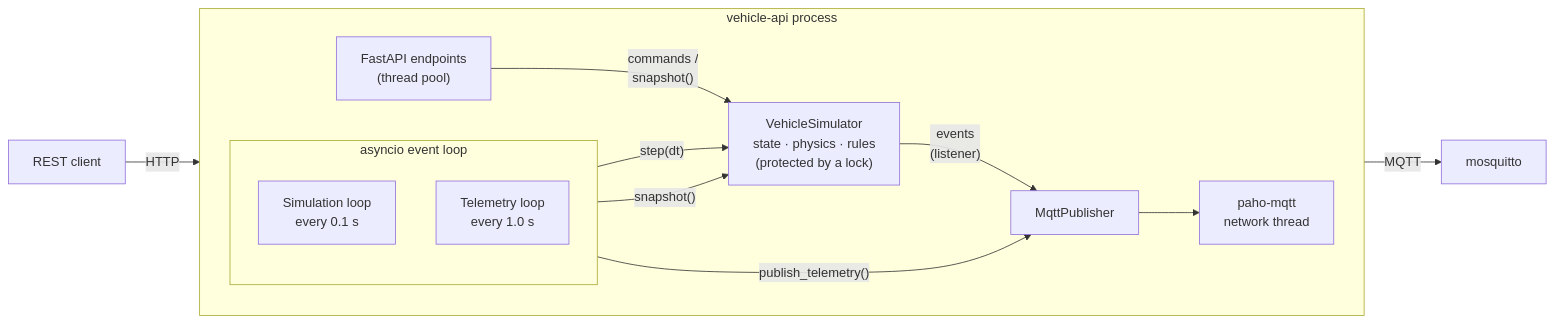
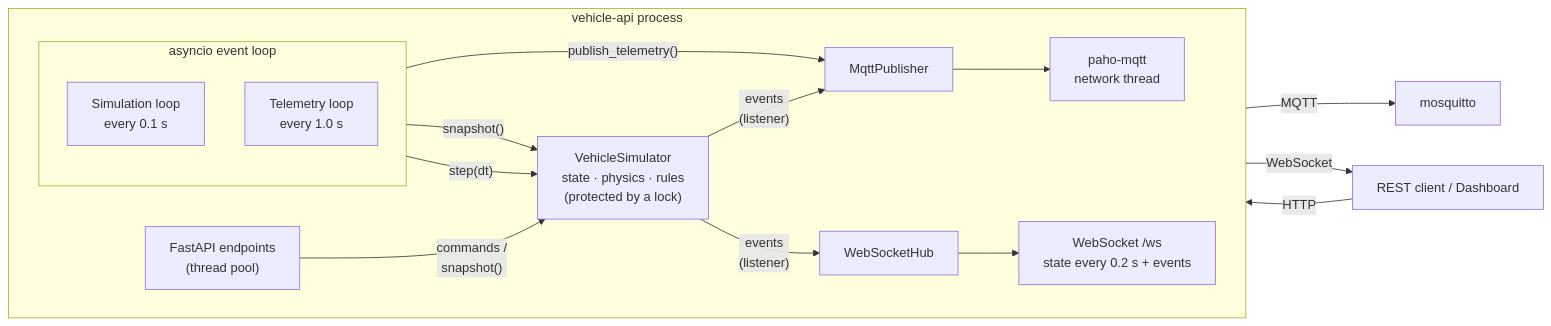
One commit to naosyke/vehicle-api-simulator changed the third of 7 diagrams in docs/architecture.md. Above: the diagram before and after it, drawn with Mermaid. The commit also changed other lines of this file and 6 other files, not shown here.

First line of the commit message:
Add real-time dashboard with WebSocket stream

````diff
--- a/docs/architecture.md
+++ b/docs/architecture.md
@@ -75,29 +77,34 @@
 ```mermaid
 flowchart LR
-    client["REST client"]
+    client["REST client / Dashboard"]
     broker["mosquitto"]
 
     subgraph process["vehicle-api process"]
         direction LR
         endpoints["FastAPI endpoints<br/>(thread pool)"]
 
         subgraph loops["asyncio event loop"]
             direction TB
             simloop["Simulation loop<br/>every 0.1 s"]
             telloop["Telemetry loop<br/>every 1.0 s"]
         end
 
         sim["VehicleSimulator<br/>state · physics · rules<br/>(protected by a lock)"]
         publisher["MqttPublisher"]
         paho["paho-mqtt<br/>network thread"]
+        hub["WebSocketHub"]
+        ws["WebSocket /ws<br/>state every 0.2 s + events"]
     end
 
     client -- "HTTP" --> endpoints
     endpoints -- "commands /<br/>snapshot()" --> sim
     simloop -- "step(dt)" --> sim
     telloop -- "snapshot()" --> sim
     sim -- "events<br/>(listener)" --> publisher
     telloop -- "publish_telemetry()" --> publisher
     publisher --> paho
     paho -- "MQTT" --> broker
+    sim -- "events<br/>(listener)" --> hub
+    hub --> ws
+    ws -- "WebSocket" --> client
 ```
````
